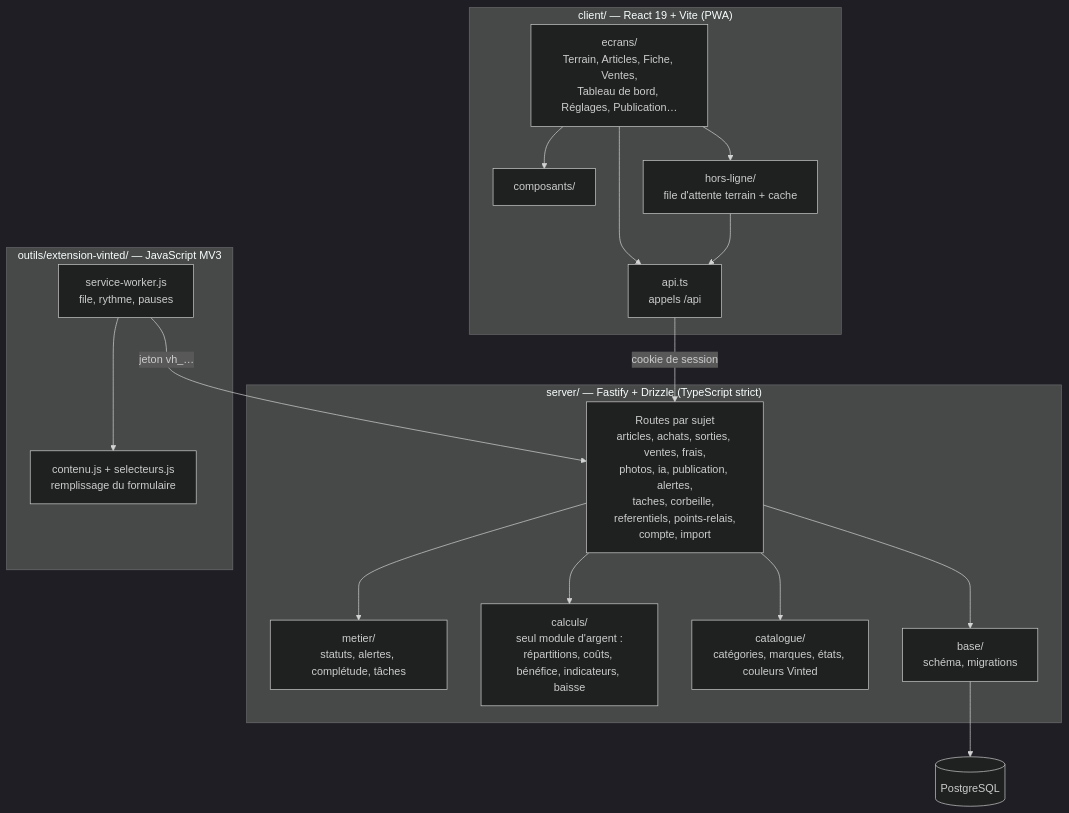
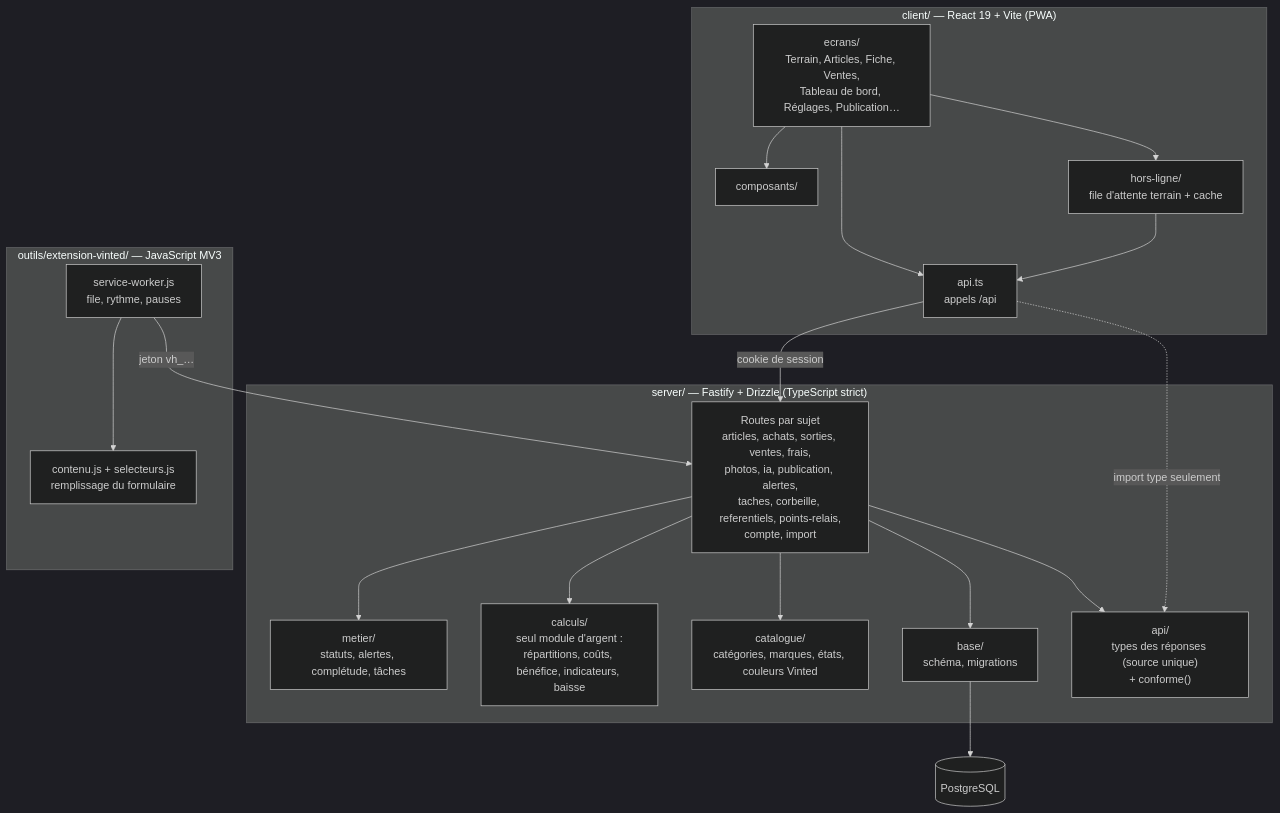
Before and after one commit to Plossec/Vinted-Helper: the second of 3 diagrams in docs/architecture.md, drawn with Mermaid (dark theme). The commit also changed 31 other files, not shown here.

First line of the commit message:
Partager les types de l'API entre le serveur et l'interface (#244)

````diff
--- a/docs/architecture.md
+++ b/docs/architecture.md
@@ -50,35 +50,38 @@
 ```mermaid
 flowchart TB
   subgraph client["client/ — React 19 + Vite (PWA)"]
     ecrans["ecrans/<br/>Terrain, Articles, Fiche, Ventes,<br/>Tableau de bord, Réglages, Publication…"]
     composants["composants/"]
     api["api.ts<br/>appels /api"]
     hl["hors-ligne/<br/>file d'attente terrain + cache"]
     ecrans --> composants
     ecrans --> api
     ecrans --> hl
     hl --> api
   end
 
   subgraph serveur["server/ — Fastify + Drizzle (TypeScript strict)"]
     routes["Routes par sujet<br/>articles, achats, sorties, ventes, frais,<br/>photos, ia, publication, alertes,<br/>taches, corbeille, referentiels, points-relais,<br/>compte, import"]
     metier["metier/<br/>statuts, alertes, complétude, tâches"]
     calculs["calculs/<br/>seul module d'argent :<br/>répartitions, coûts, bénéfice, indicateurs, baisse"]
     catalogue["catalogue/<br/>catégories, marques, états, couleurs Vinted"]
     base["base/<br/>schéma, migrations"]
+    contrat["api/<br/>types des réponses (source unique)<br/>+ conforme()"]
+    routes --> contrat
     routes --> metier
     routes --> calculs
     routes --> catalogue
     routes --> base
   end
 
   subgraph extension["outils/extension-vinted/ — JavaScript MV3"]
     sw["service-worker.js<br/>file, rythme, pauses"]
     contenu["contenu.js + selecteurs.js<br/>remplissage du formulaire"]
     sw --> contenu
   end
 
   api -- "cookie de session" --> routes
+  api -. "import type seulement" .-> contrat
   sw -- "jeton vh_…" --> routes
   base --> pg[("PostgreSQL")]
 ```
````
